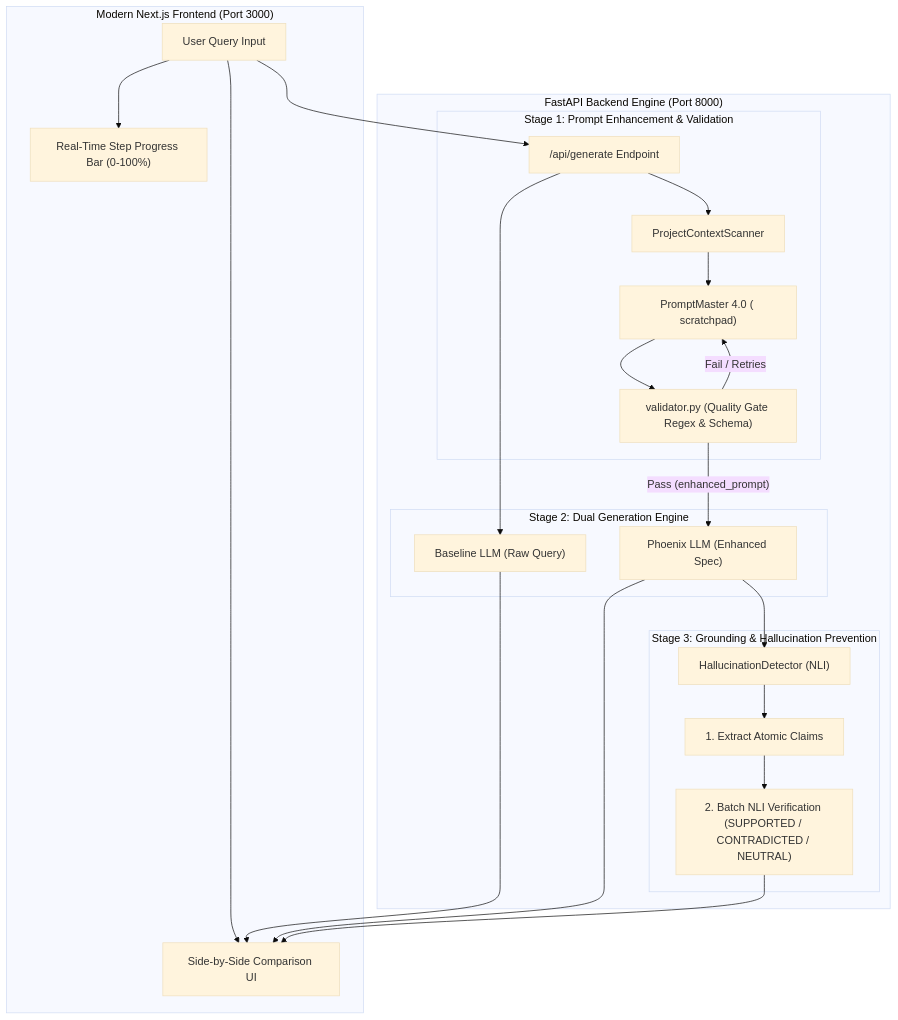
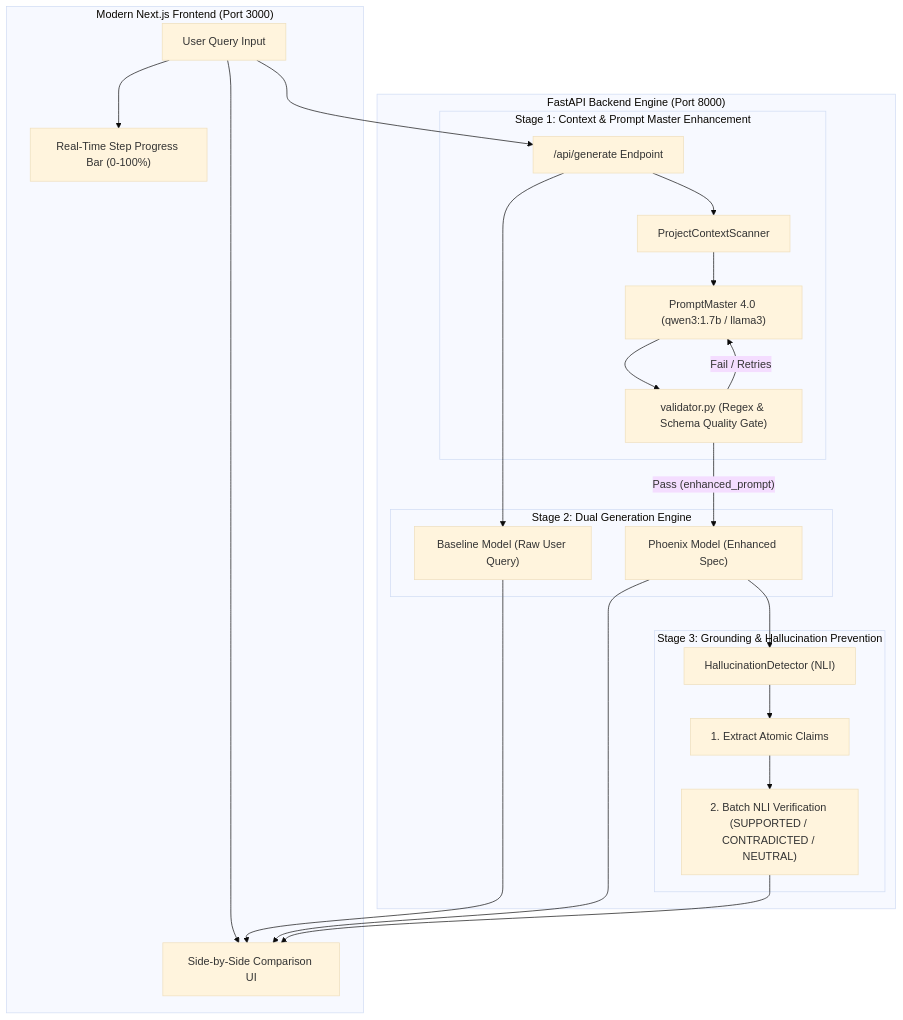
The first of 2 diagrams in README.md (Apurv-15/orchestration), drawn with Mermaid (base theme) before and after one commit. The commit also changed other lines of this file, not shown here.

Commit message:
docs: update README with original image gallery, flowchart, and detailed AI model matrix

````diff
--- a/README.md
+++ b/README.md
@@ -9,33 +40,33 @@
 ```mermaid
 flowchart TD
     subgraph UI ["Modern Next.js Frontend (Port 3000)"]
         User["User Query Input"] --> Progress["Real-Time Step Progress Bar (0-100%)"]
         User --> SideBySide["Side-by-Side Comparison UI"]
     end
 
     subgraph Backend ["FastAPI Backend Engine (Port 8000)"]
         User --> API["/api/generate Endpoint"]
         
-        subgraph Stage1 ["Stage 1: Prompt Enhancement & Validation"]
-            Scanner["ProjectContextScanner"] --> PromptMaster["PromptMaster 4.0 (<analysis> scratchpad)"]
+        subgraph Stage1 ["Stage 1: Context & Prompt Master Enhancement"]
+            Scanner["ProjectContextScanner"] --> PromptMaster["PromptMaster 4.0 (qwen3:1.7b / llama3)"]
             API --> Scanner
-            PromptMaster --> Validator["validator.py (Quality Gate Regex & Schema)"]
+            PromptMaster --> Validator["validator.py (Regex & Schema Quality Gate)"]
             Validator -- "Fail / Retries" --> PromptMaster
         end
 
         subgraph Stage2 ["Stage 2: Dual Generation Engine"]
-            API --> BaselineGen["Baseline LLM (Raw Query)"]
-            Validator -- "Pass (enhanced_prompt)" --> PhoenixGen["Phoenix LLM (Enhanced Spec)"]
+            API --> BaselineGen["Baseline Model (Raw User Query)"]
+            Validator -- "Pass (enhanced_prompt)" --> PhoenixGen["Phoenix Model (Enhanced Spec)"]
         end
 
         subgraph Stage3 ["Stage 3: Grounding & Hallucination Prevention"]
             PhoenixGen --> Detector["HallucinationDetector (NLI)"]
             Detector --> ClaimExtract["1. Extract Atomic Claims"]
             ClaimExtract --> NLI["2. Batch NLI Verification (SUPPORTED / CONTRADICTED / NEUTRAL)"]
         end
     end
 
     BaselineGen --> SideBySide
     PhoenixGen --> SideBySide
     NLI --> SideBySide
 ```
````
